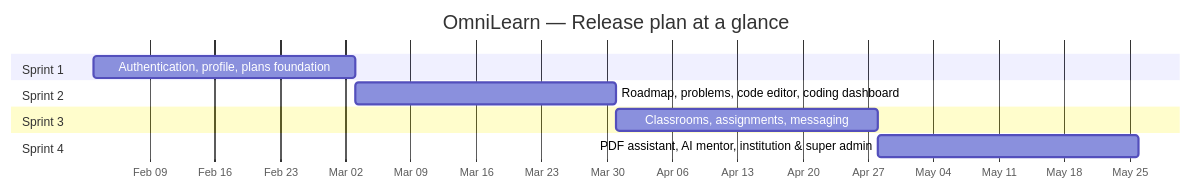
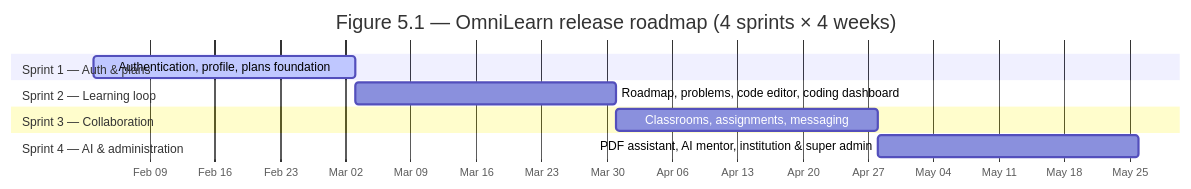
Before and after one commit to MaizaAymen/OmniLearn: the diagram in docs/04_chapitre2_sprint0.md, drawn with Mermaid. The commit also changed other lines of this file and 2 other files, not shown here.

````diff
--- a/docs/04_chapitre2_sprint0.md
+++ b/docs/04_chapitre2_sprint0.md
@@ -117,14 +117,15 @@
 ```mermaid
 gantt
-    title OmniLearn — Release plan at a glance
+    title Figure 5.1 — OmniLearn release roadmap (4 sprints × 4 weeks)
     dateFormat  YYYY-MM-DD
     axisFormat  %b %d
-    section Sprint 1
-    Authentication, profile, plans foundation          :s1, 2025-02-03, 4w
-    section Sprint 2
+    todayMarker off
+    section Sprint 1 — Auth & plans
+    Authentication, profile, plans foundation          :active, s1, 2025-02-03, 4w
+    section Sprint 2 — Learning loop
     Roadmap, problems, code editor, coding dashboard   :s2, after s1, 4w
-    section Sprint 3
+    section Sprint 3 — Collaboration
     Classrooms, assignments, messaging                 :s3, after s2, 4w
-    section Sprint 4
+    section Sprint 4 — AI & administration
     PDF assistant, AI mentor, institution & super admin :s4, after s3, 4w
 ```
````
